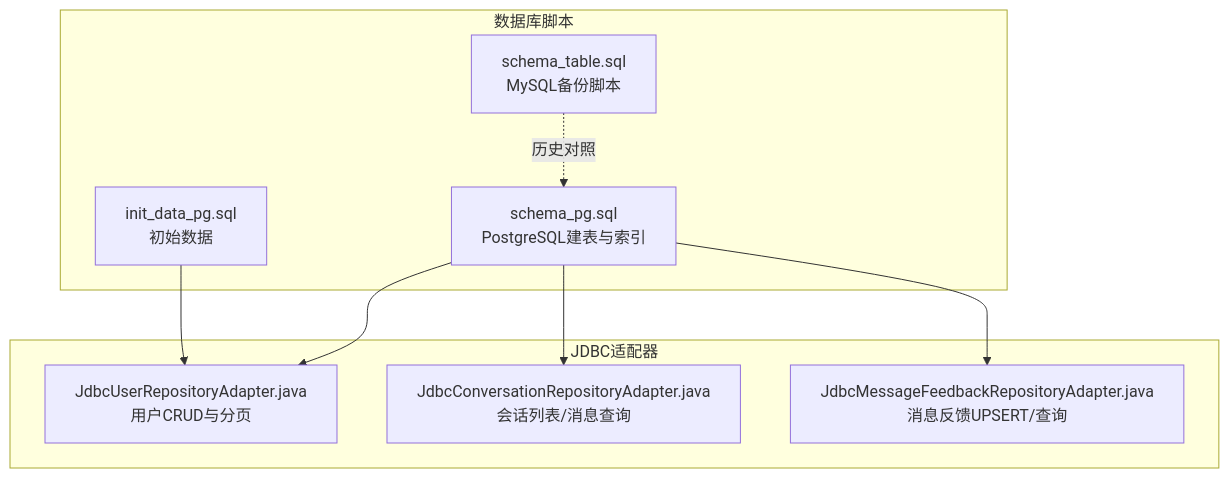
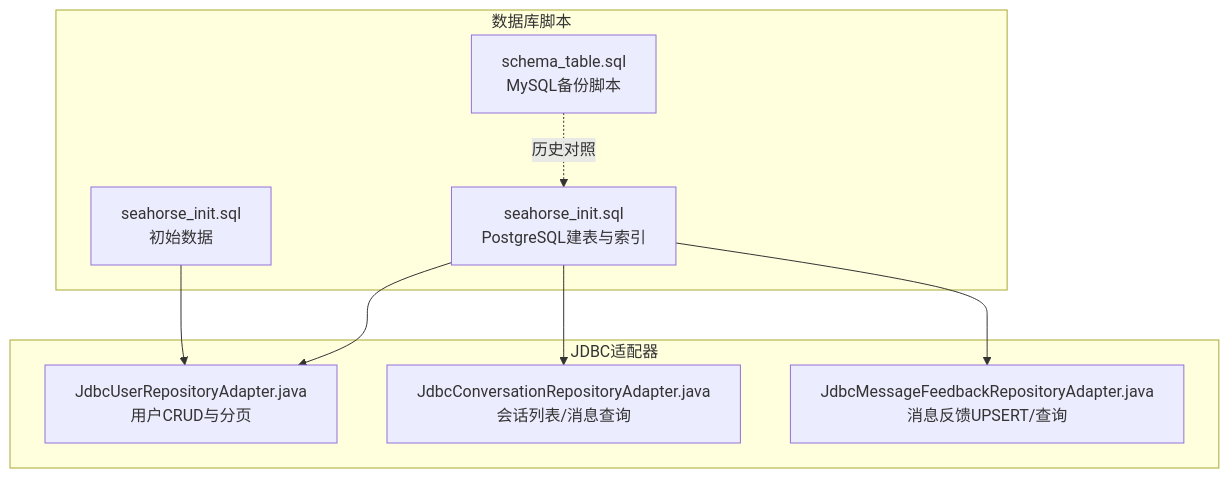
One commit to onceMisery/seahorse-agent changed the first of 7 diagrams in docs/zh/content/数据库设计/表结构设计/用户与会话表.md. Above: the diagram before and after it, drawn with Mermaid. The commit also changed other lines of this file and 31 other files, not shown here.

First line of the commit message:
refactor: merge all DDL into seahorse_init.sql, delete redundant scripts

````diff
--- a/docs/zh/content/数据库设计/表结构设计/用户与会话表.md
+++ b/docs/zh/content/数据库设计/表结构设计/用户与会话表.md
@@ -44,18 +44,18 @@
 ```mermaid
 graph TB
 subgraph "数据库脚本"
-A["schema_pg.sql<br/>PostgreSQL建表与索引"]
-B["init_data_pg.sql<br/>初始数据"]
+A["seahorse_init.sql<br/>PostgreSQL建表与索引"]
+B["seahorse_init.sql<br/>初始数据"]
 C["schema_table.sql<br/>MySQL备份脚本"]
 end
 subgraph "JDBC适配器"
 D["JdbcUserRepositoryAdapter.java<br/>用户CRUD与分页"]
 E["JdbcConversationRepositoryAdapter.java<br/>会话列表/消息查询"]
 F["JdbcMessageFeedbackRepositoryAdapter.java<br/>消息反馈UPSERT/查询"]
 end
 A --> D
 A --> E
 A --> F
 B --> D
 C -. 历史对照 .-> A
 ```
````
